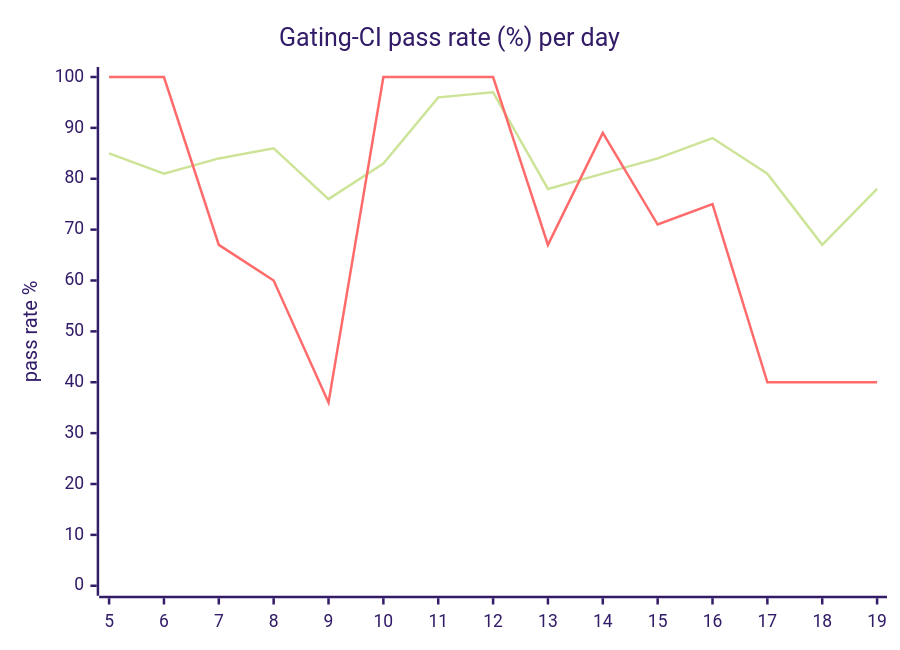
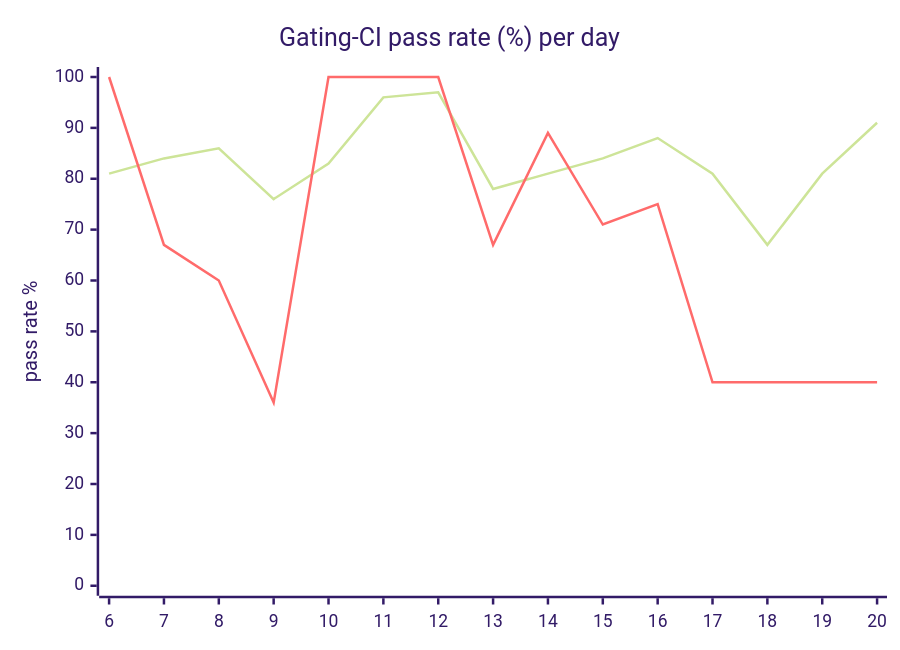
One commit to hatchet-dev/hatchet changed the diagram in hack/ci/ci-dashboard/staging/issue.md. Above: the diagram before and after it, drawn with Mermaid (forest theme). The commit also changed other lines of this file, not shown here.

````diff
--- a/hack/ci/ci-dashboard/staging/issue.md
+++ b/hack/ci/ci-dashboard/staging/issue.md
@@ -9,8 +9,8 @@
 ```mermaid
 xychart-beta
   title "Gating-CI pass rate (%) per day"
-  x-axis [5, 6, 7, 8, 9, 10, 11, 12, 13, 14, 15, 16, 17, 18, 19]
+  x-axis [6, 7, 8, 9, 10, 11, 12, 13, 14, 15, 16, 17, 18, 19, 20]
   y-axis "pass rate %" 0 --> 100
-  line "CI" [85, 81, 84, 86, 76, 83, 96, 97, 78, 81, 84, 88, 81, 67, 78]
-  line "main" [100, 100, 67, 60, 36, 100, 100, 100, 67, 89, 71, 75, 40, 40, 40]
+  line "CI" [81, 84, 86, 76, 83, 96, 97, 78, 81, 84, 88, 81, 67, 81, 91]
+  line "main" [100, 67, 60, 36, 100, 100, 100, 67, 89, 71, 75, 40, 40, 40, 40]
 ```
````
